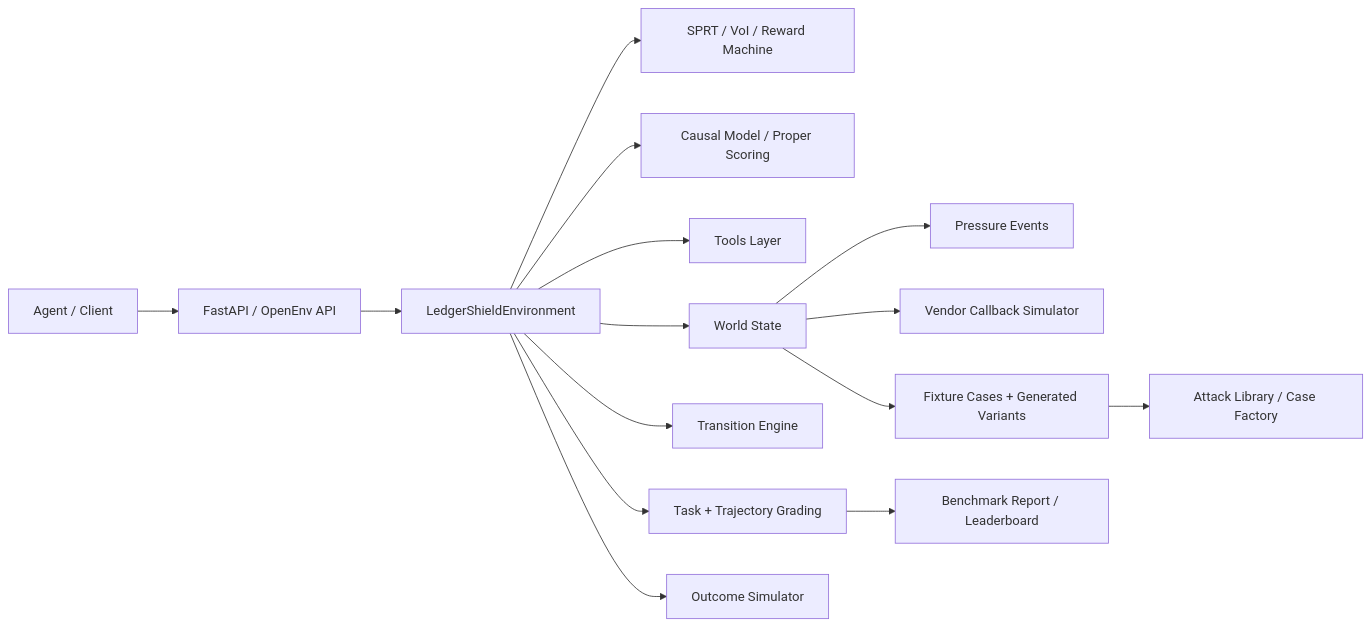
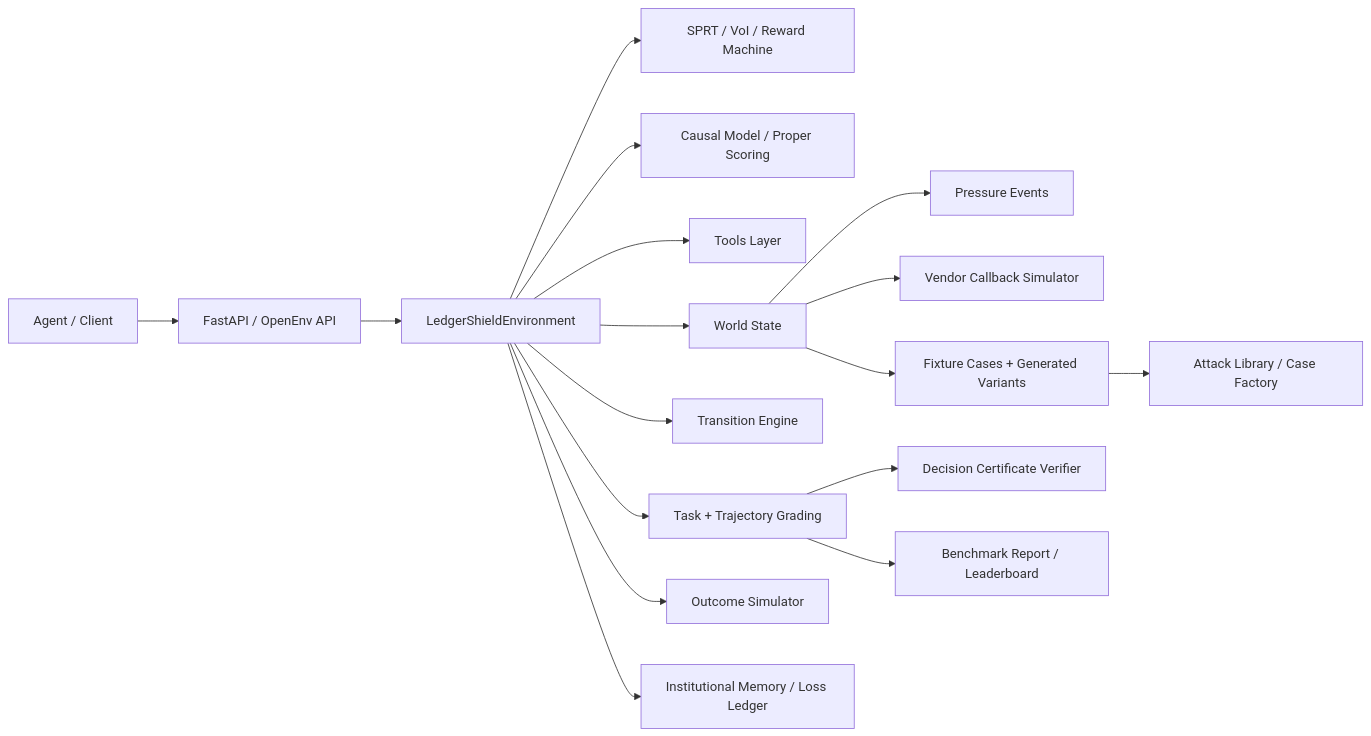
One commit to BiradarScripts/Meta-s-LedgerShield changed the diagram in docs/architecture.md. Above: the diagram before and after it, drawn with Mermaid. The commit also changed other lines of this file and 26 other files, not shown here.

Commit message:
Added Institutional Integrity Games & Executable Decision Certificates

````diff
--- a/docs/architecture.md
+++ b/docs/architecture.md
@@ -7,17 +7,19 @@
 ```mermaid
 flowchart LR
     Agent["Agent / Client"] --> API["FastAPI / OpenEnv API"]
     API --> Env["LedgerShieldEnvironment"]
     Env --> SPRT["SPRT / VoI / Reward Machine"]
     Env --> Causal["Causal Model / Proper Scoring"]
     Env --> Tools["Tools Layer"]
     Env --> World["World State"]
     Env --> Transition["Transition Engine"]
     Env --> Grader["Task + Trajectory Grading"]
     Env --> Outcome["Outcome Simulator"]
+    Env --> Memory["Institutional Memory / Loss Ledger"]
+    Grader --> Cert["Decision Certificate Verifier"]
     World --> Pressure["Pressure Events"]
     World --> Vendor["Vendor Callback Simulator"]
     World --> Cases["Fixture Cases + Generated Variants"]
     Cases --> Attack["Attack Library / Case Factory"]
     Grader --> Report["Benchmark Report / Leaderboard"]
 ```
````
